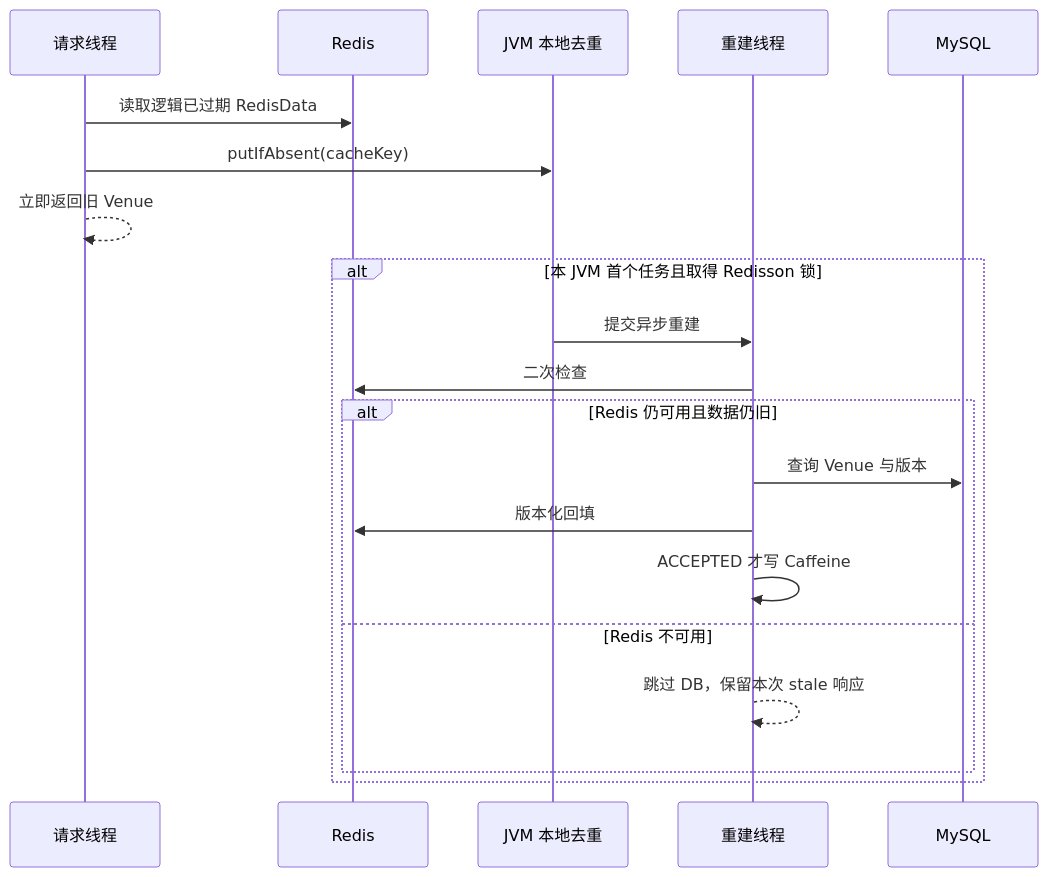
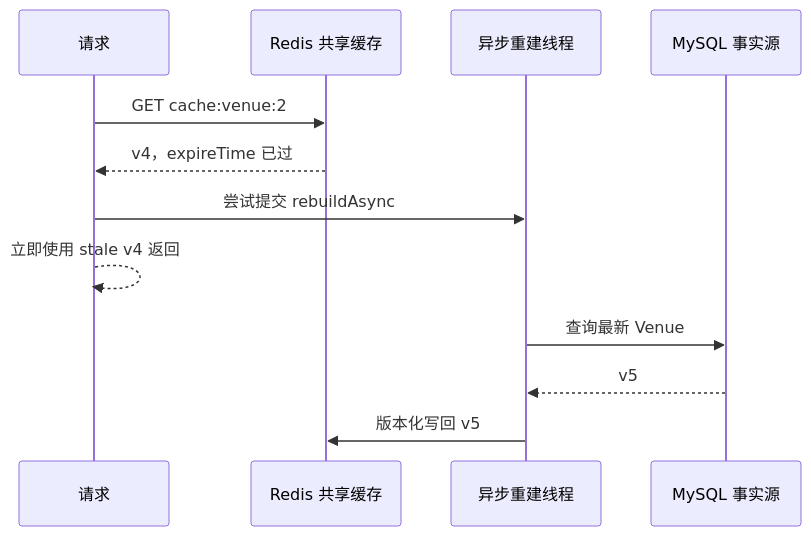
Before and after one commit to SyH-101/citypass-platform: the fifth of 15 diagrams in 02-多级缓存一致性.md, drawn with Mermaid. The commit also changed other lines of this file, not shown here.

Commit message:
docs: restructure multi-level cache learning guide

````diff
--- a/02-多级缓存一致性.md
+++ b/02-多级缓存一致性.md
@@ -253,22 +281,14 @@
 ```mermaid
 sequenceDiagram
-    participant U as 请求线程
-    participant R as Redis
-    participant L as JVM 本地去重
-    participant B as 重建线程
-    participant D as MySQL
-    U->>R: 读取逻辑已过期 RedisData
-    U->>L: putIfAbsent(cacheKey)
-    U-->>U: 立即返回旧 Venue
-    alt 本 JVM 首个任务且取得 Redisson 锁
-        L->>B: 提交异步重建
-        B->>R: 二次检查
-        alt Redis 仍可用且数据仍旧
-            B->>D: 查询 Venue 与版本
-            B->>R: 版本化回填
-            B->>B: ACCEPTED 才写 Caffeine
-        else Redis 不可用
-            B-->>B: 跳过 DB，保留本次 stale 响应
-        end
-    end
+    participant R as 请求
+    participant Redis as Redis 共享缓存
+    participant BG as 异步重建线程
+    participant DB as MySQL 事实源
+    R->>Redis: GET cache:venue:2
+    Redis-->>R: v4，expireTime 已过
+    R->>BG: 尝试提交 rebuildAsync
+    R-->>R: 立即使用 stale v4 返回
+    BG->>DB: 查询最新 Venue
+    DB-->>BG: v5
+    BG->>Redis: 版本化写回 v5
 ```
````
